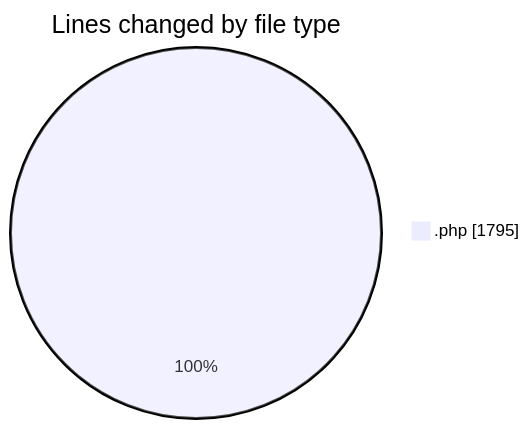
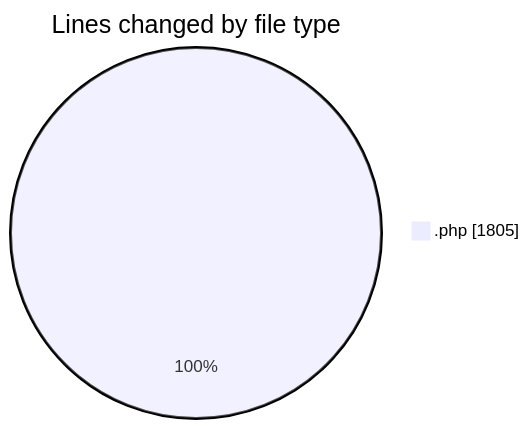
The first of 2 diagrams in 2026-08-28/oficina/README.md (LanceThiago/code-tracking), drawn with Mermaid before and after one commit. The commit also changed other lines of this file and 1 other file, not shown here.

````diff
--- a/2026-08-28/oficina/README.md
+++ b/2026-08-28/oficina/README.md
@@ -20,5 +20,5 @@
 ```mermaid
 pie showData
 title Lines changed by file type
-".php" : 1795
+".php" : 1805
 ```
````
